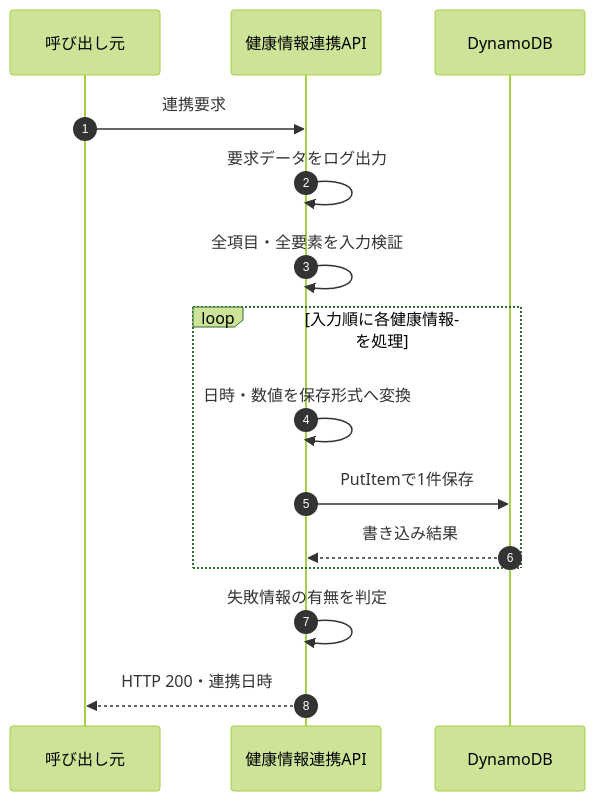
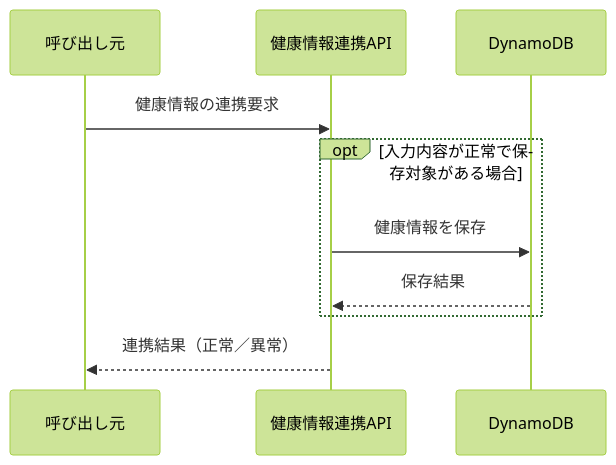
One commit to kohei-okazaki/work-3g changed the first of 2 diagrams in ha-docs/design/06_trackapi/設計書_6.0.健康情報連携API.md. Above: the diagram before and after it, drawn with Mermaid (forest theme). The commit also changed other lines of this file and 67 other files, not shown here.

````diff
--- a/ha-docs/design/06_trackapi/設計書_6.0.健康情報連携API.md
+++ b/ha-docs/design/06_trackapi/設計書_6.0.健康情報連携API.md
@@ -110,17 +11,12 @@
 ```mermaid
 sequenceDiagram
-    autonumber
     participant C as 呼び出し元
     participant A as 健康情報連携API
     participant D as DynamoDB
-    C->>A: 連携要求
-    A->>A: 要求データをログ出力
-    A->>A: 全項目・全要素を入力検証
-    loop 入力順に各健康情報を処理
-    A->>A: 日時・数値を保存形式へ変換
-    A->>D: PutItemで1件保存
-    D-->>A: 書き込み結果
+    C->>A: 健康情報の連携要求
+    opt 入力内容が正常で保存対象がある場合
+        A->>D: 健康情報を保存
+        D-->>A: 保存結果
     end
-    A->>A: 失敗情報の有無を判定
-    A-->>C: HTTP 200・連携日時
+    A-->>C: 連携結果（正常／異常）
 ```
````
